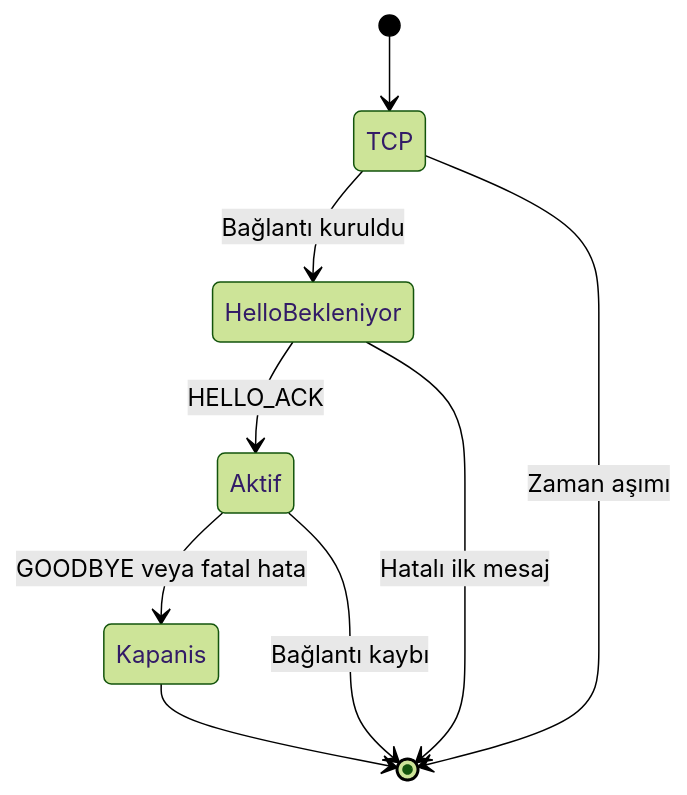
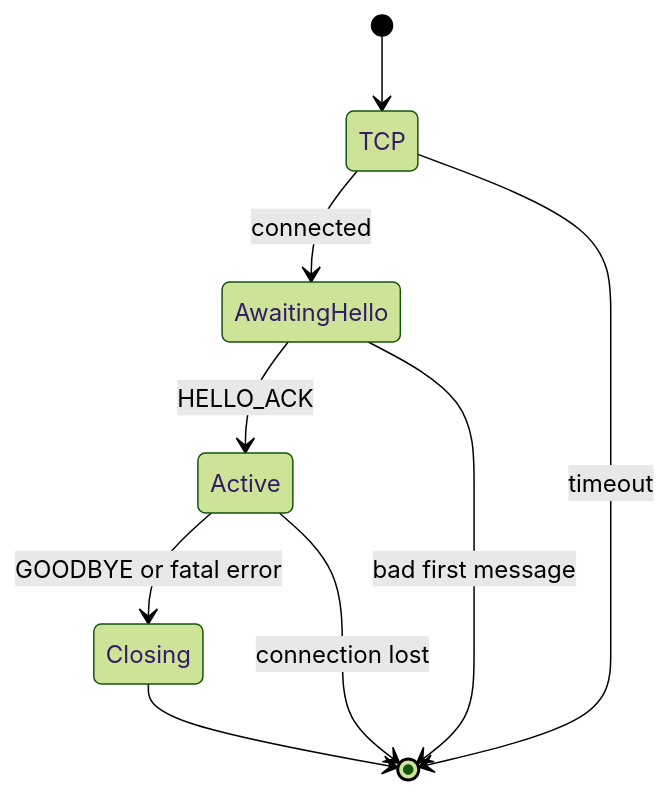
Before and after one commit to nuricanozturk01/project-ilmek: the second of 4 diagrams in PROTOCOL.md, drawn with Mermaid (forest theme). The commit also changed other lines of this file and 92 other files, not shown here.

````diff
--- a/PROTOCOL.md
+++ b/PROTOCOL.md
@@ -156,11 +154,11 @@
 ```mermaid
 stateDiagram-v2
     [*] --> TCP
-    TCP --> HelloBekleniyor: Bağlantı kuruldu
-    HelloBekleniyor --> Aktif: HELLO_ACK
-    Aktif --> Kapanis: GOODBYE veya fatal hata
-    Kapanis --> [*]
-    TCP --> [*]: Zaman aşımı
-    HelloBekleniyor --> [*]: Hatalı ilk mesaj
-    Aktif --> [*]: Bağlantı kaybı
+    TCP --> AwaitingHello: connected
+    AwaitingHello --> Active: HELLO_ACK
+    Active --> Closing: GOODBYE or fatal error
+    Closing --> [*]
+    TCP --> [*]: timeout
+    AwaitingHello --> [*]: bad first message
+    Active --> [*]: connection lost
 ```
````
